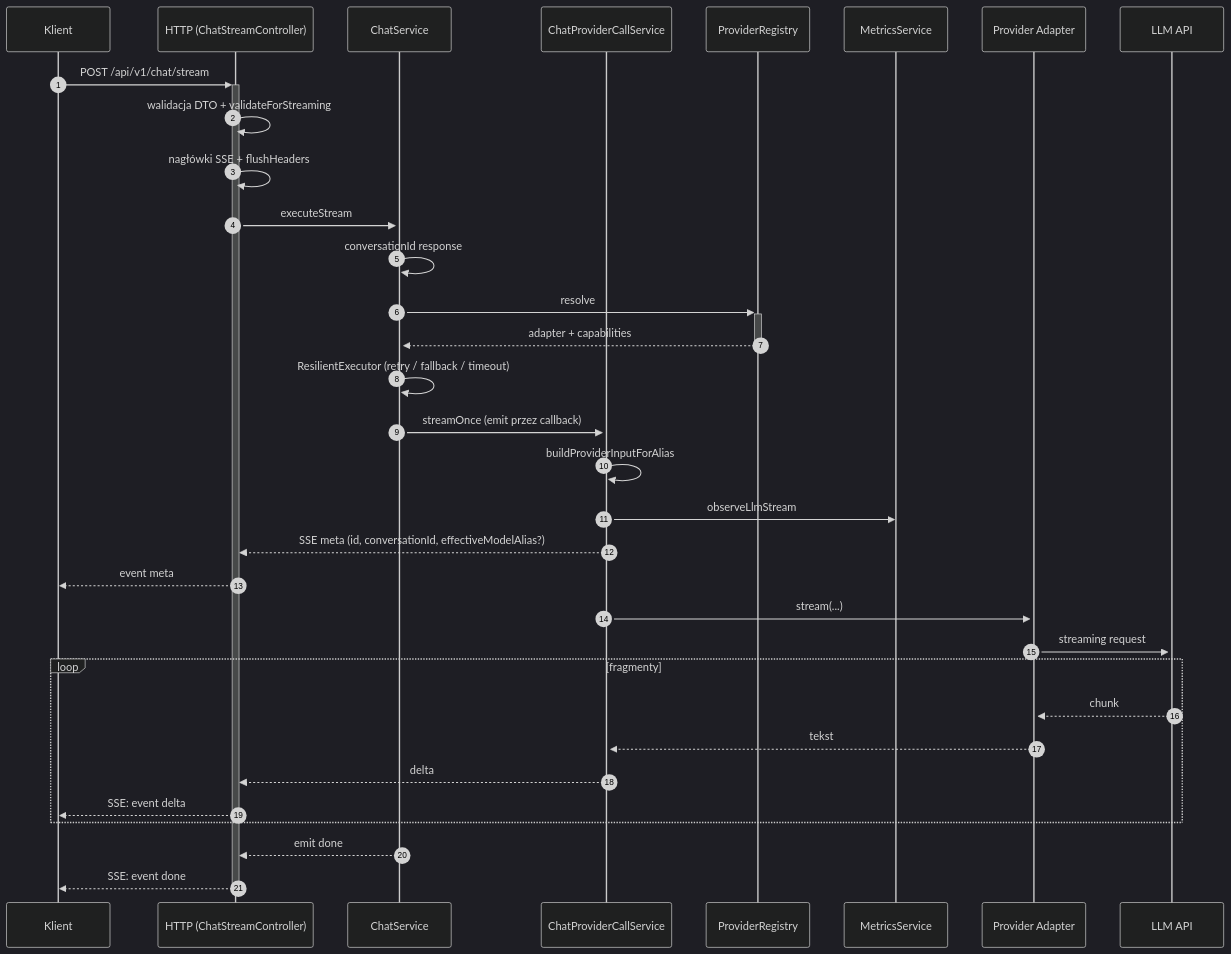
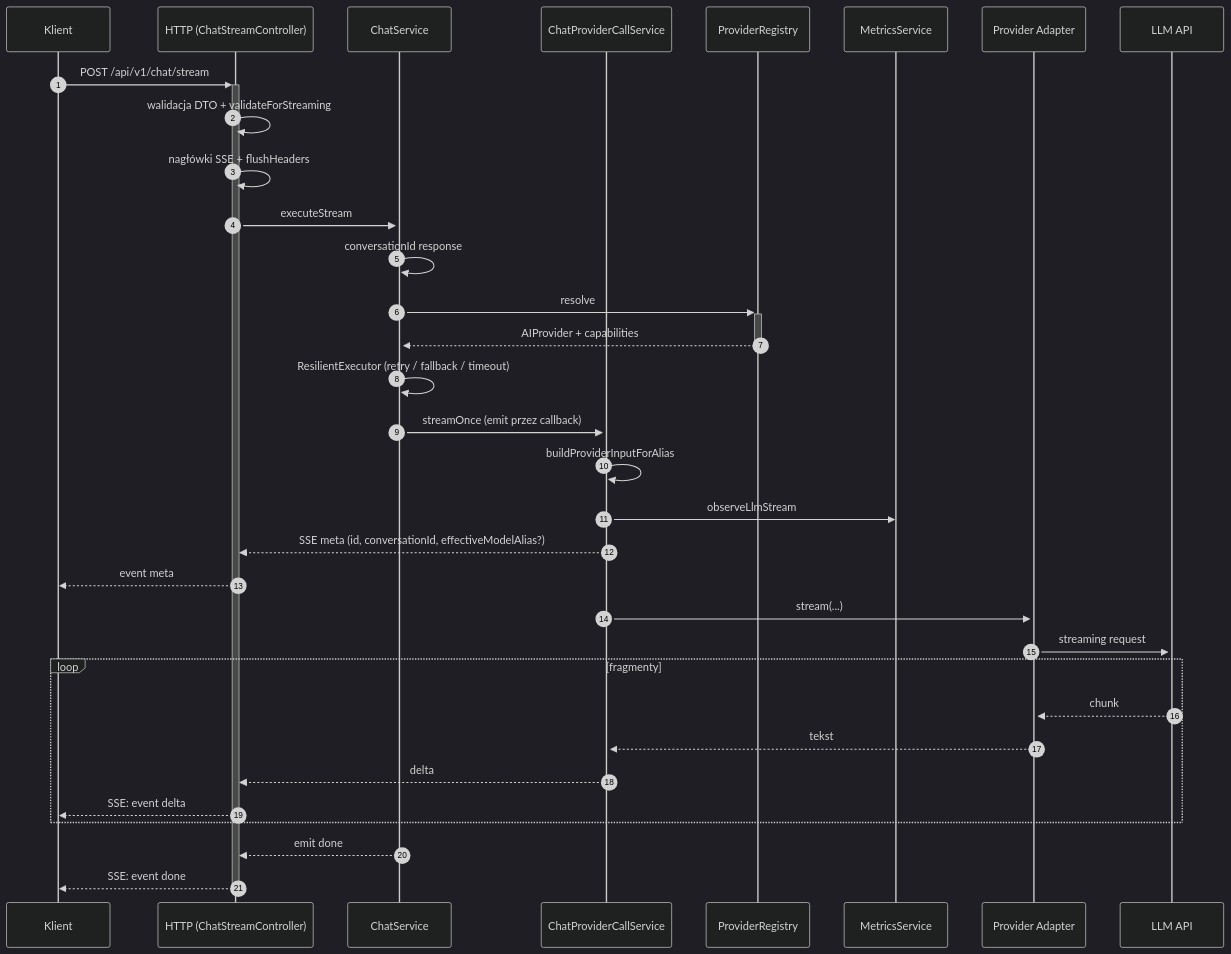
The fourth of 6 diagrams in docs/data_flow.md (matej2314/ai-provider-gateway), drawn with Mermaid (dark theme) before and after one commit. The commit also changed other lines of this file and 29 other files, not shown here.

````diff
--- a/docs/data_flow.md
+++ b/docs/data_flow.md
@@ -127,36 +127,36 @@
 ```mermaid
 sequenceDiagram
   autonumber
   participant K as Klient
   participant H as HTTP (ChatStreamController)
   participant S as ChatService
   participant PC as ChatProviderCallService
   participant R as ProviderRegistry
   participant M as MetricsService
   participant P as Provider Adapter
   participant A as LLM API
 
   K->>+H: POST /api/v1/chat/stream
   H->>H: walidacja DTO + validateForStreaming
   H->>H: nagłówki SSE + flushHeaders
   H->>+S: executeStream
   S->>S: conversationId response
   S->>+R: resolve
-  R-->>-S: adapter + capabilities
+  R-->>-S: AIProvider + capabilities
   S->>S: ResilientExecutor (retry / fallback / timeout)
   S->>+PC: streamOnce (emit przez callback)
   PC->>PC: buildProviderInputForAlias
   PC->>M: observeLlmStream
   PC-->>H: SSE meta (id, conversationId, effectiveModelAlias?)
   H-->>K: event meta
   PC->>+P: stream(...)
   P->>+A: streaming request
   loop fragmenty
     A-->>P: chunk
     P-->>PC: tekst
     PC-->>H: delta
     H-->>K: SSE: event delta
   end
   S-->>H: emit done
   H-->>-K: SSE: event done
 ```
````
